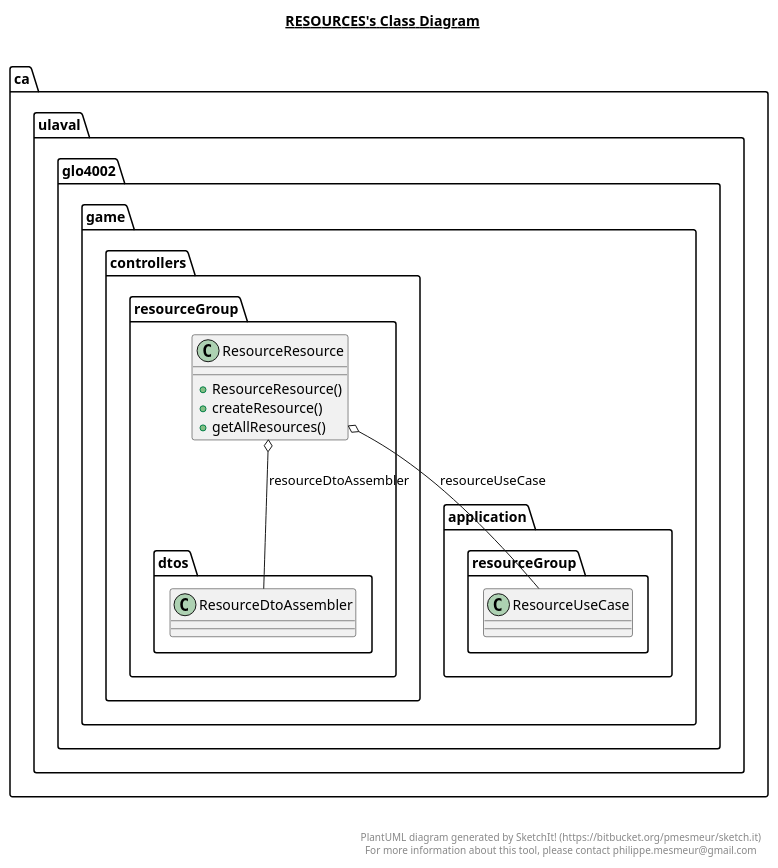
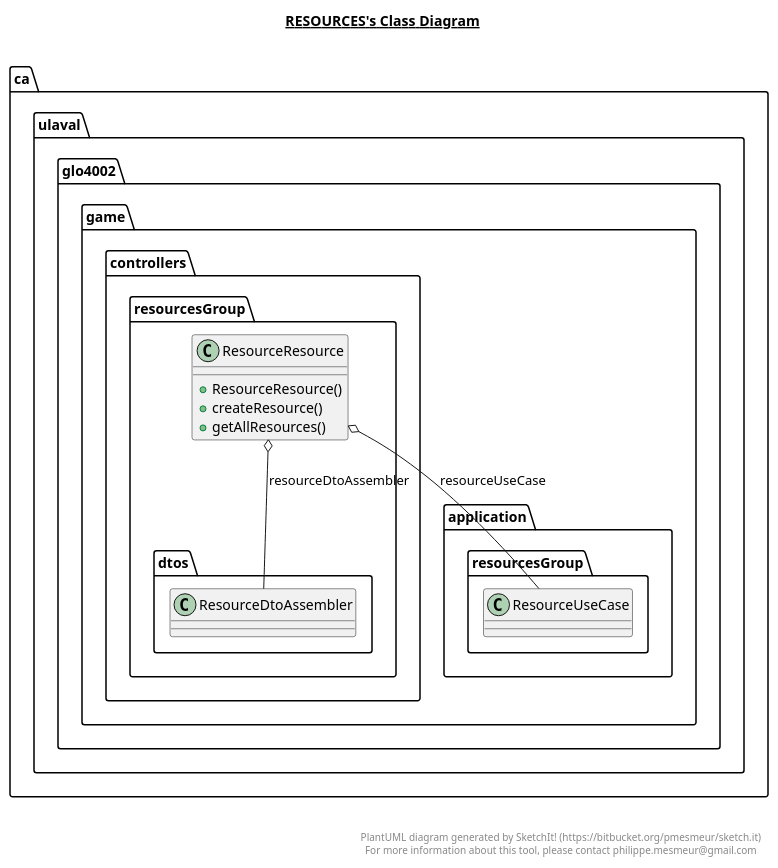
The diagram in game-api/src/main/java/ca/ulaval/glo4002/game/controllers/resources/resources.plantuml (MALEC321/MEP7), drawn with PlantUML before and after one commit. The commit also changed 26 other files, not shown here.

```diff
--- a/game-api/src/main/java/ca/ulaval/glo4002/game/controllers/resources/resources.plantuml
+++ b/game-api/src/main/java/ca/ulaval/glo4002/game/controllers/resources/resources.plantuml
@@ -1,27 +1,27 @@
 @startuml
 
 title __RESOURCES's Class Diagram__\n
 
     namespace ca.ulaval.glo4002.game {
-      namespace controllers.resourceGroup {
-        class ca.ulaval.glo4002.game.controllers.resourceGroup.ResourceResource {
+      namespace controllers.resourcesGroup {
+        class ca.ulaval.glo4002.game.controllers.resourcesGroup.ResourceResource {
             + ResourceResource()
             + createResource()
             + getAllResources()
         }
       }
     }
   
 
-  ca.ulaval.glo4002.game.controllers.resourceGroup.ResourceResource o-- ca.ulaval.glo4002.game.controllers.resourceGroup.dtos.ResourceDtoAssembler : resourceDtoAssembler
-  ca.ulaval.glo4002.game.controllers.resourceGroup.ResourceResource o-- ca.ulaval.glo4002.game.application.resourceGroup.ResourceUseCase : resourceUseCase
+  ca.ulaval.glo4002.game.controllers.resourcesGroup.ResourceResource o-- ca.ulaval.glo4002.game.controllers.resourcesGroup.dtos.ResourceDtoAssembler : resourceDtoAssembler
+  ca.ulaval.glo4002.game.controllers.resourcesGroup.ResourceResource o-- ca.ulaval.glo4002.game.application.resourcesGroup.ResourceUseCase : resourceUseCase
 
 
 right footer
 
 
 PlantUML diagram generated by SketchIt! (https://bitbucket.org/pmesmeur/sketch.it)
 For more information about this tool, please contact philippe.mesmeur@gmail.com
 endfooter
 
 @enduml
```
